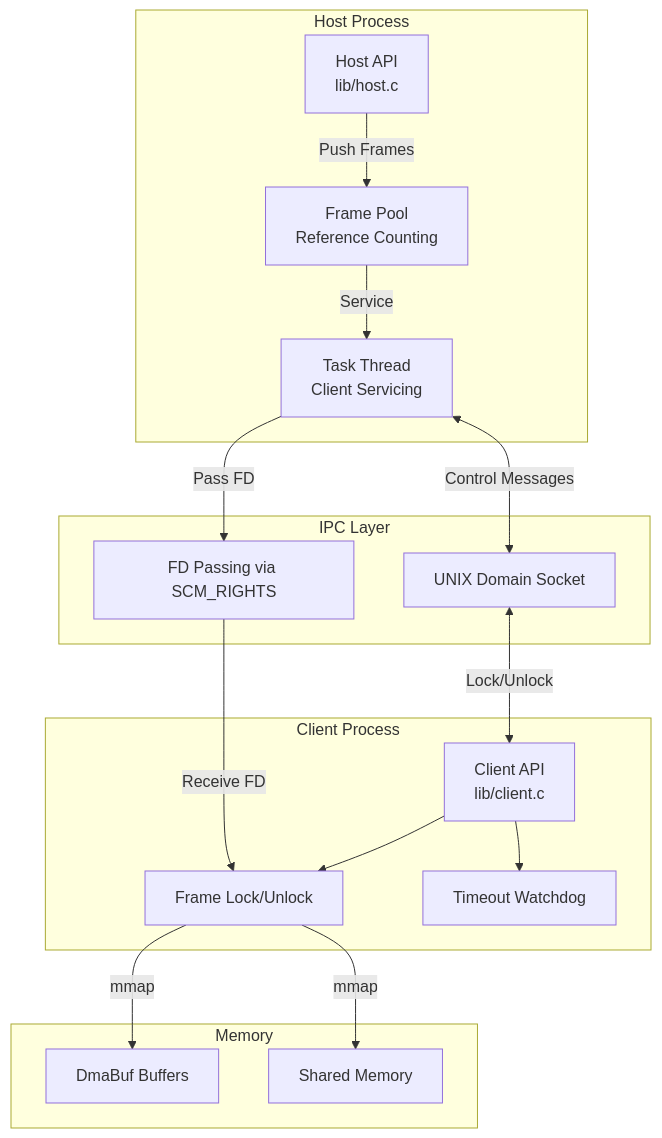
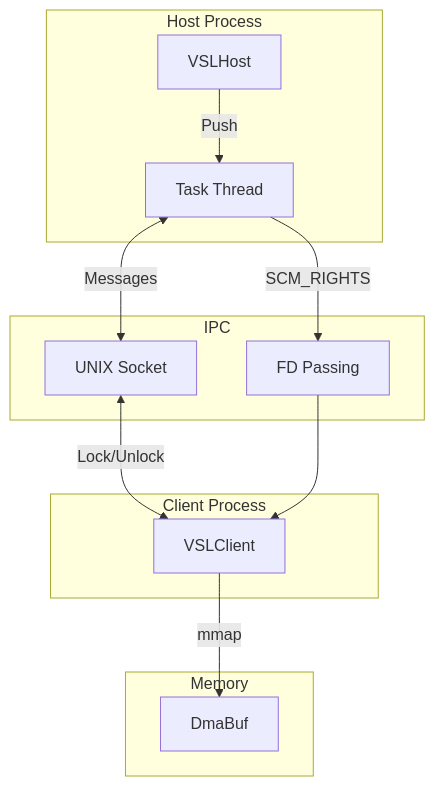
Before and after one commit to EdgeFirstAI/videostream: the second of 11 diagrams in ARCHITECTURE.md, drawn with Mermaid. The commit also changed other lines of this file and 35 other files, not shown here.

````diff
--- a/ARCHITECTURE.md
+++ b/ARCHITECTURE.md
@@ -48,35 +50,27 @@
 ```mermaid
 graph TB
     subgraph "Host Process"
-        H[Host API<br/>lib/host.c]
-        FP[Frame Pool<br/>Reference Counting]
-        TS[Task Thread<br/>Client Servicing]
+        H[VSLHost]
+        TS[Task Thread]
     end
 
     subgraph "Client Process"
-        C[Client API<br/>lib/client.c]
-        FL[Frame Lock/Unlock]
-        TW[Timeout Watchdog]
+        C[VSLClient]
     end
 
-    subgraph "IPC Layer"
-        US[UNIX Domain Socket]
-        FD[FD Passing via SCM_RIGHTS]
+    subgraph "IPC"
+        US[UNIX Socket]
+        FD[FD Passing]
     end
 
     subgraph "Memory"
-        DB[DmaBuf Buffers]
-        SHM[Shared Memory]
+        DB[DmaBuf]
     end
 
-    H -->|Push Frames| FP
-    FP -->|Service| TS
-    TS <-->|Control Messages| US
+    H -->|Push| TS
+    TS <-->|Messages| US
     US <-->|Lock/Unlock| C
-    C --> FL
-    TS -->|Pass FD| FD
-    FD -->|Receive FD| FL
-    FL -->|mmap| DB
-    FL -->|mmap| SHM
-    C --> TW
+    TS -->|SCM_RIGHTS| FD
+    FD --> C
+    C -->|mmap| DB
 ```
````
